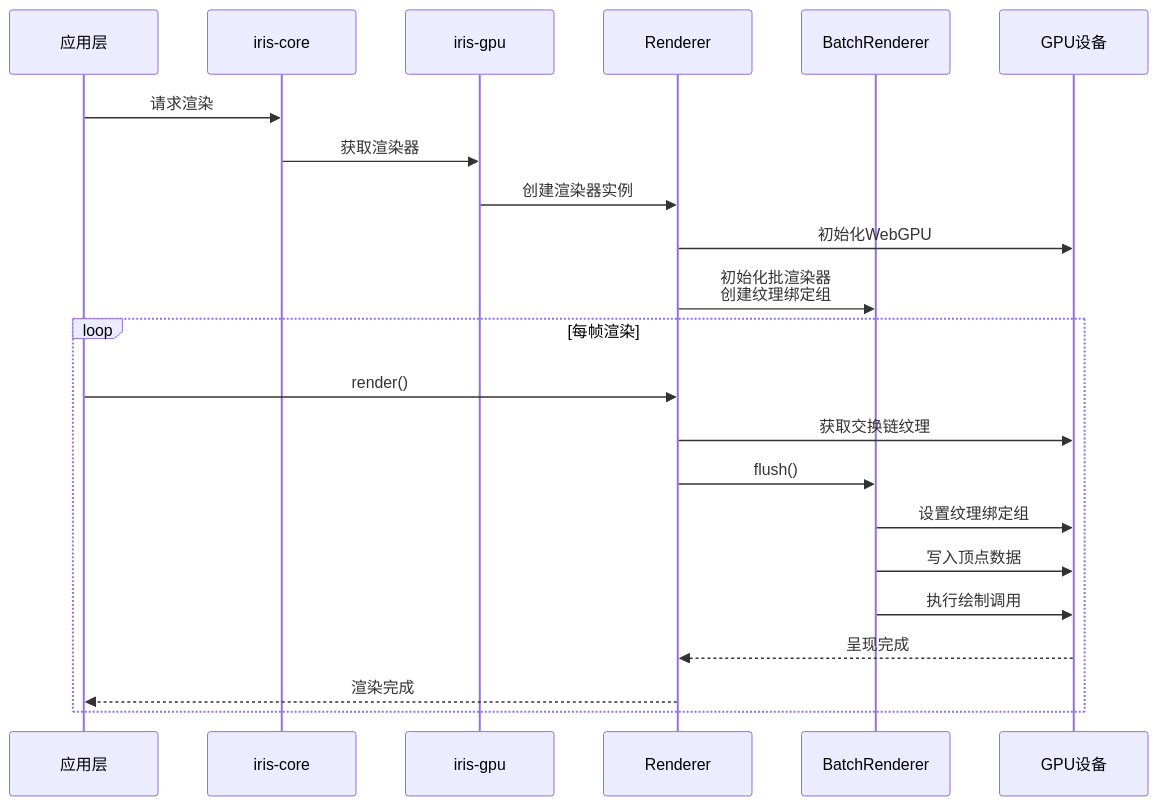
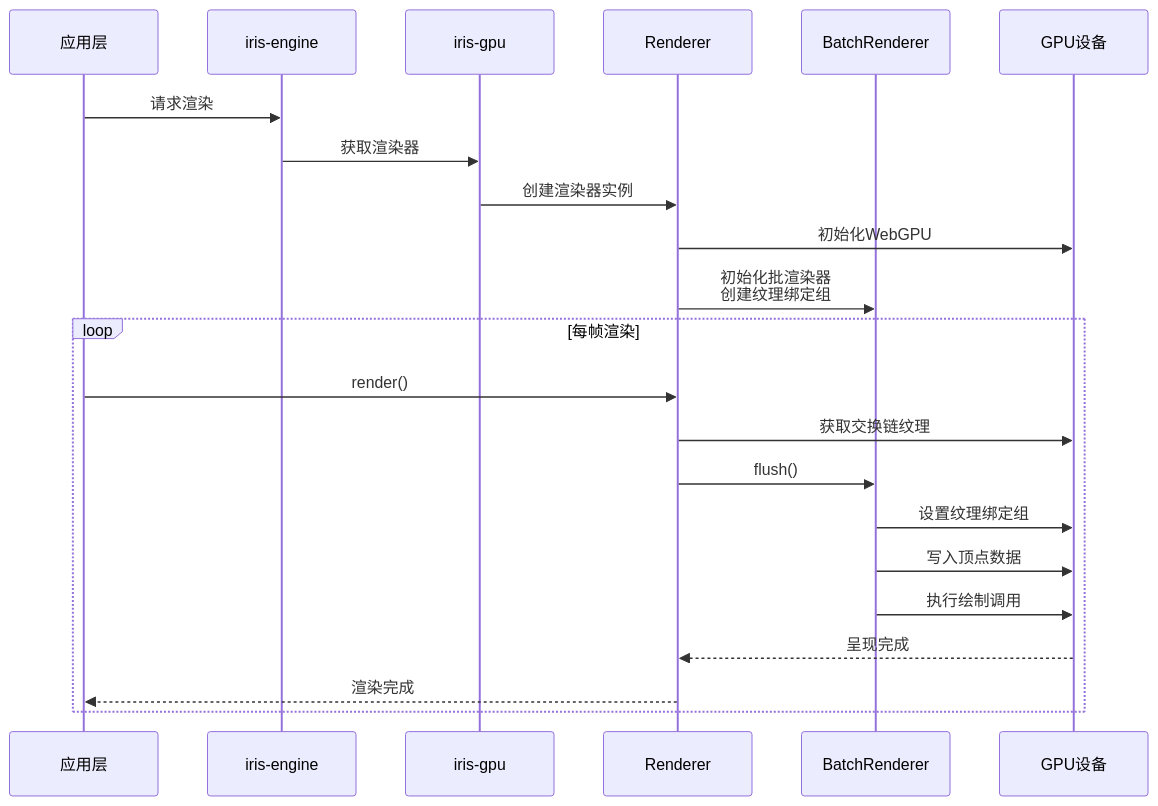
Before and after one commit to itszzl-sudo/iris: diagram 15 of 20 in .qoder/repowiki/zh/content/技术架构详解/整体架构设计/Rust工作区架构.md, drawn with Mermaid. The commit also changed other lines of this file and 11 other files, not shown here.

First line of the commit message:
feat: 实现 iris-jetcrab-engine WASM 导出接口

````diff
--- a/.qoder/repowiki/zh/content/技术架构详解/整体架构设计/Rust工作区架构.md
+++ b/.qoder/repowiki/zh/content/技术架构详解/整体架构设计/Rust工作区架构.md
@@ -527,24 +691,24 @@
 ```mermaid
 sequenceDiagram
 participant App as 应用层
-participant Core as iris-core
+participant Engine as iris-engine
 participant GPU as iris-gpu
 participant Renderer as Renderer
 participant Batch as BatchRenderer
 participant GPUDevice as GPU设备
-App->>Core : 请求渲染
-Core->>GPU : 获取渲染器
+App->>Engine : 请求渲染
+Engine->>GPU : 获取渲染器
 GPU->>Renderer : 创建渲染器实例
 Renderer->>GPUDevice : 初始化WebGPU
 Renderer->>Batch : 初始化批渲染器<br/>创建纹理绑定组
 loop 每帧渲染
 App->>Renderer : render()
 Renderer->>GPUDevice : 获取交换链纹理
 Renderer->>Batch : flush()
 Batch->>GPUDevice : 设置纹理绑定组
 Batch->>GPUDevice : 写入顶点数据
 Batch->>GPUDevice : 执行绘制调用
 GPUDevice-->>Renderer : 呈现完成
 Renderer-->>App : 渲染完成
 end
 ```
````
